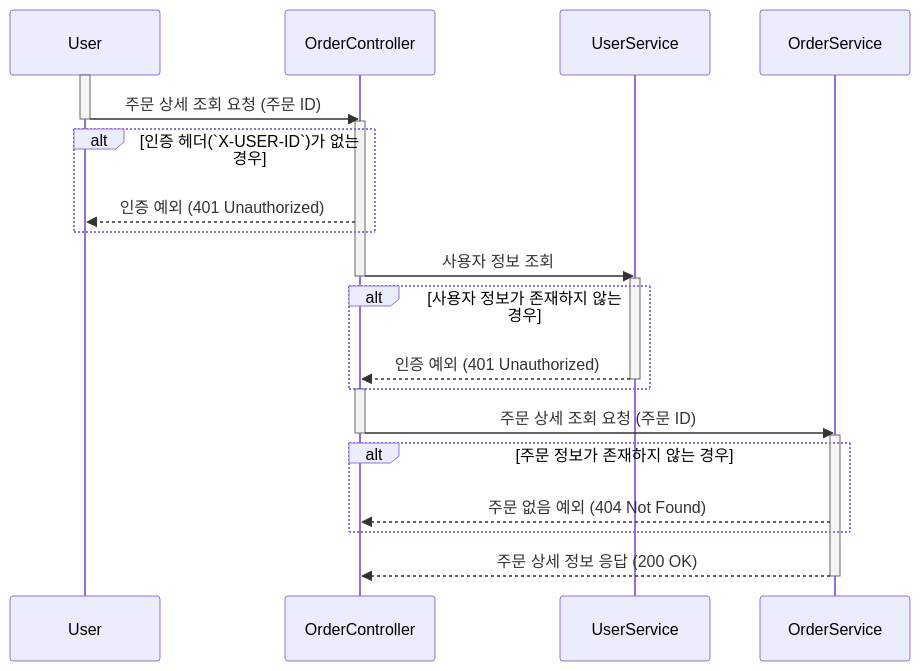
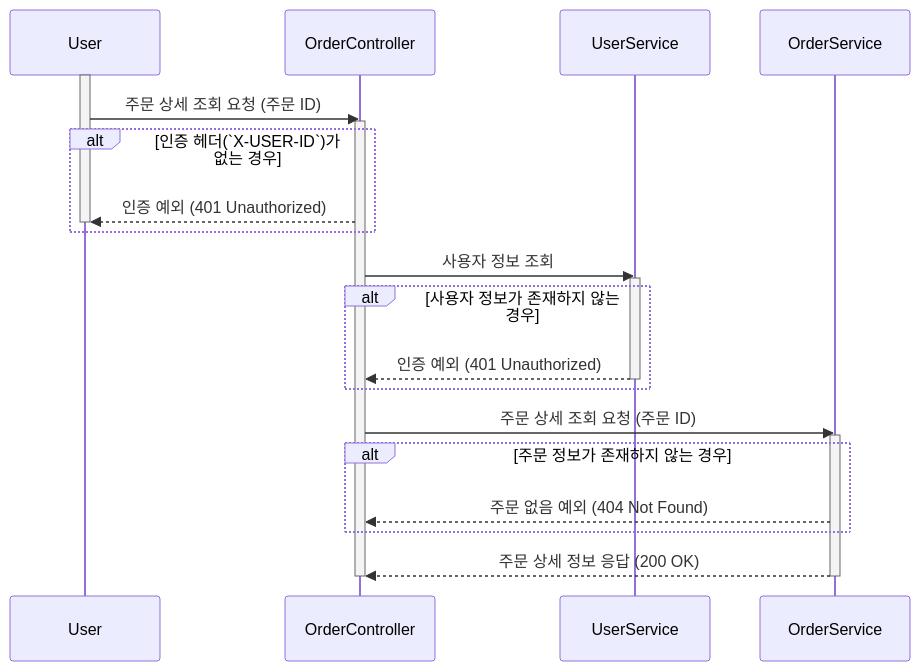
Before and after one commit to kiekk/gamsung-commerce: the second of 2 diagrams in docs/design/02-sequence-diagrams/order.md, drawn with Mermaid. The commit also changed other lines of this file and 5 other files, not shown here.

First line of the commit message:
docs: 시퀀스 다이어그램 수정 (2주차 피드백 반영)

````diff
--- a/docs/design/02-sequence-diagrams/order.md
+++ b/docs/design/02-sequence-diagrams/order.md
@@ -38,30 +36,28 @@
 ```mermaid
 sequenceDiagram
     participant User
     participant OrderController
     participant UserService
     participant OrderService
     activate User
     User ->> OrderController: 주문 상세 조회 요청 (주문 ID)
-    deactivate User
     activate OrderController
     alt 인증 헤더(`X-USER-ID`)가 없는 경우
         OrderController -->> User: 인증 예외 (401 Unauthorized)
+        deactivate User
     end
     OrderController ->> UserService: 사용자 정보 조회
-    deactivate OrderController
     activate UserService
     alt 사용자 정보가 존재하지 않는 경우
         UserService -->> OrderController: 인증 예외 (401 Unauthorized)
         deactivate UserService
     end
-    activate OrderController
     OrderController ->> OrderService: 주문 상세 조회 요청 (주문 ID)
-    deactivate OrderController
     activate OrderService
     alt 주문 정보가 존재하지 않는 경우
         OrderService -->> OrderController: 주문 없음 예외 (404 Not Found)
     end
     OrderService -->> OrderController: 주문 상세 정보 응답 (200 OK)
     deactivate OrderService
+    deactivate OrderController
 ```
````
